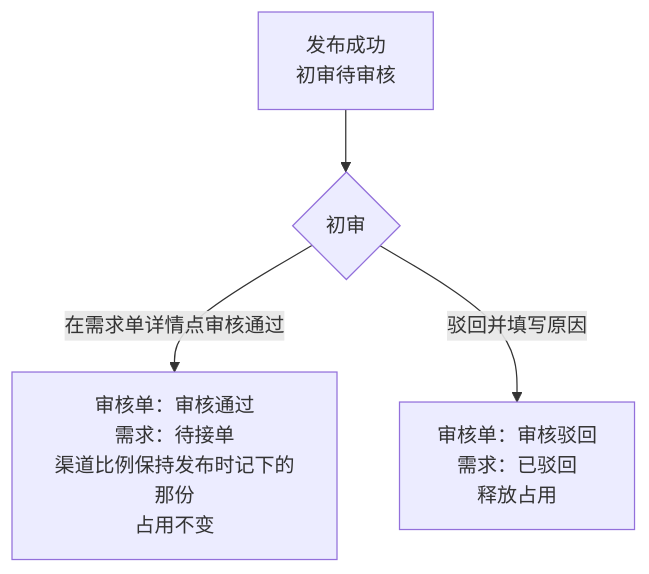
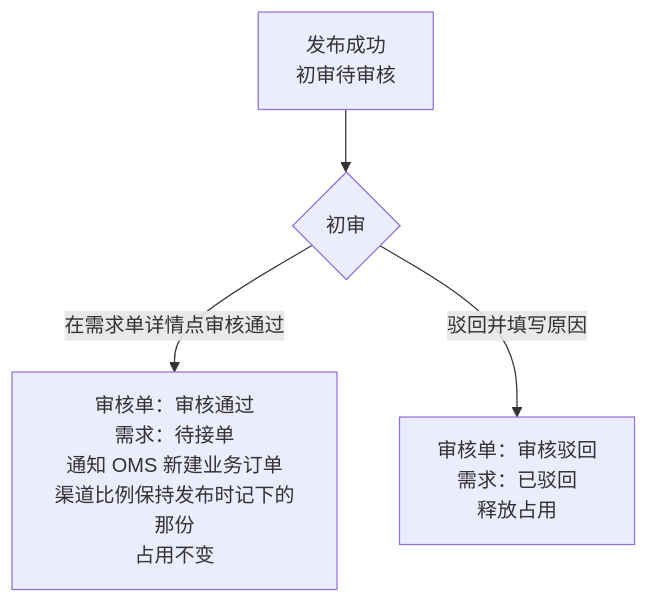
Before and after one commit to 342-droid/LFerp: the fifth of 7 diagrams in RBT/docs/1-整体业务流程图.md, drawn with Mermaid. The commit also changed other lines of this file and 4 other files, not shown here.

````diff
--- a/RBT/docs/1-整体业务流程图.md
+++ b/RBT/docs/1-整体业务流程图.md
@@ -140,6 +142,6 @@
 ```mermaid
 flowchart TB
   R0[发布成功<br/>初审待审核] --> R1{初审}
-  R1 -->|在需求单详情点审核通过| R2[审核单：审核通过<br/>需求：待接单<br/>渠道比例保持发布时记下的那份<br/>占用不变]
+  R1 -->|在需求单详情点审核通过| R2[审核单：审核通过<br/>需求：待接单<br/>通知 OMS 新建业务订单<br/>渠道比例保持发布时记下的那份<br/>占用不变]
   R1 -->|驳回并填写原因| R3[审核单：审核驳回<br/>需求：已驳回<br/>释放占用]
 ```
````
